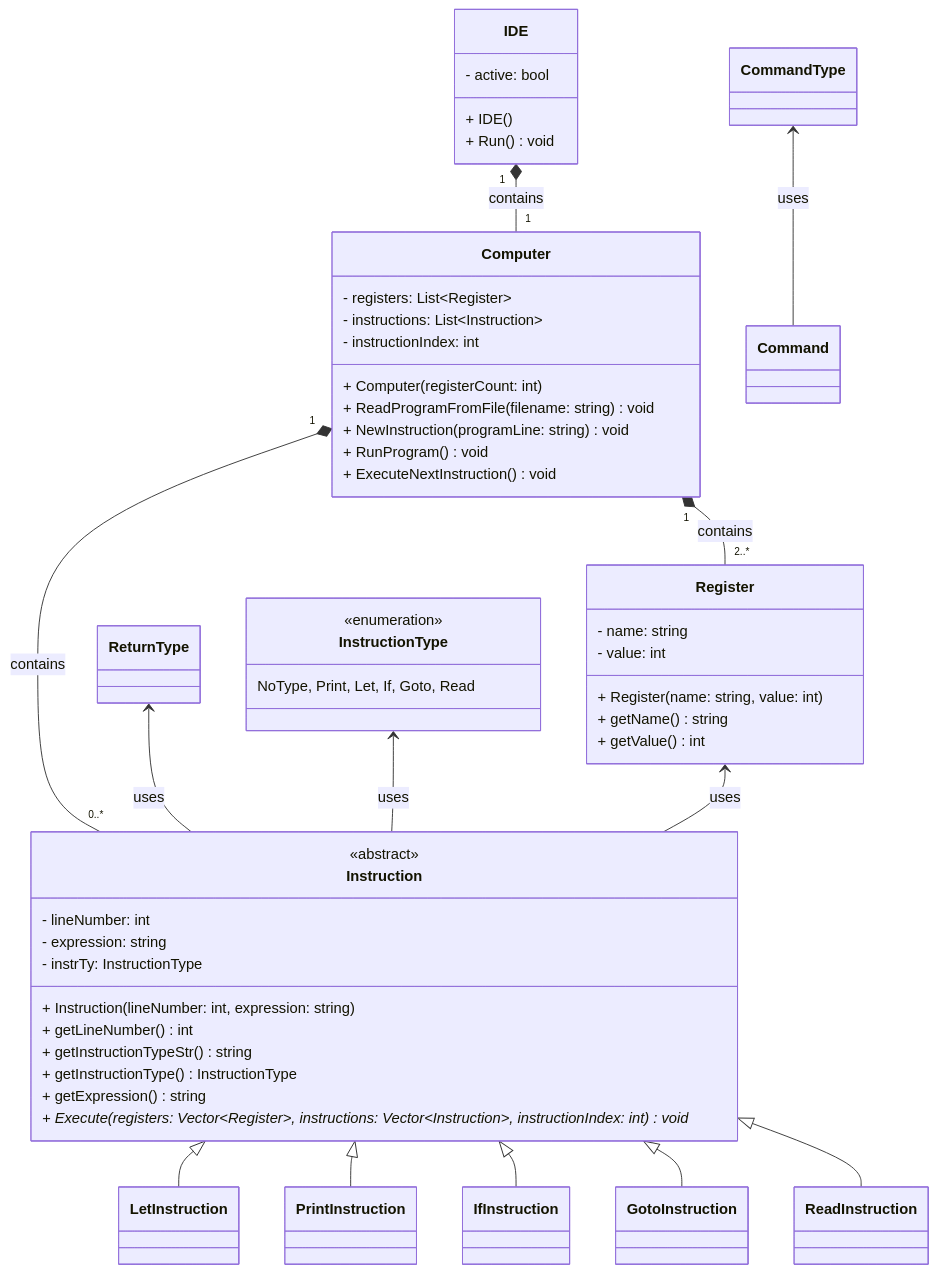
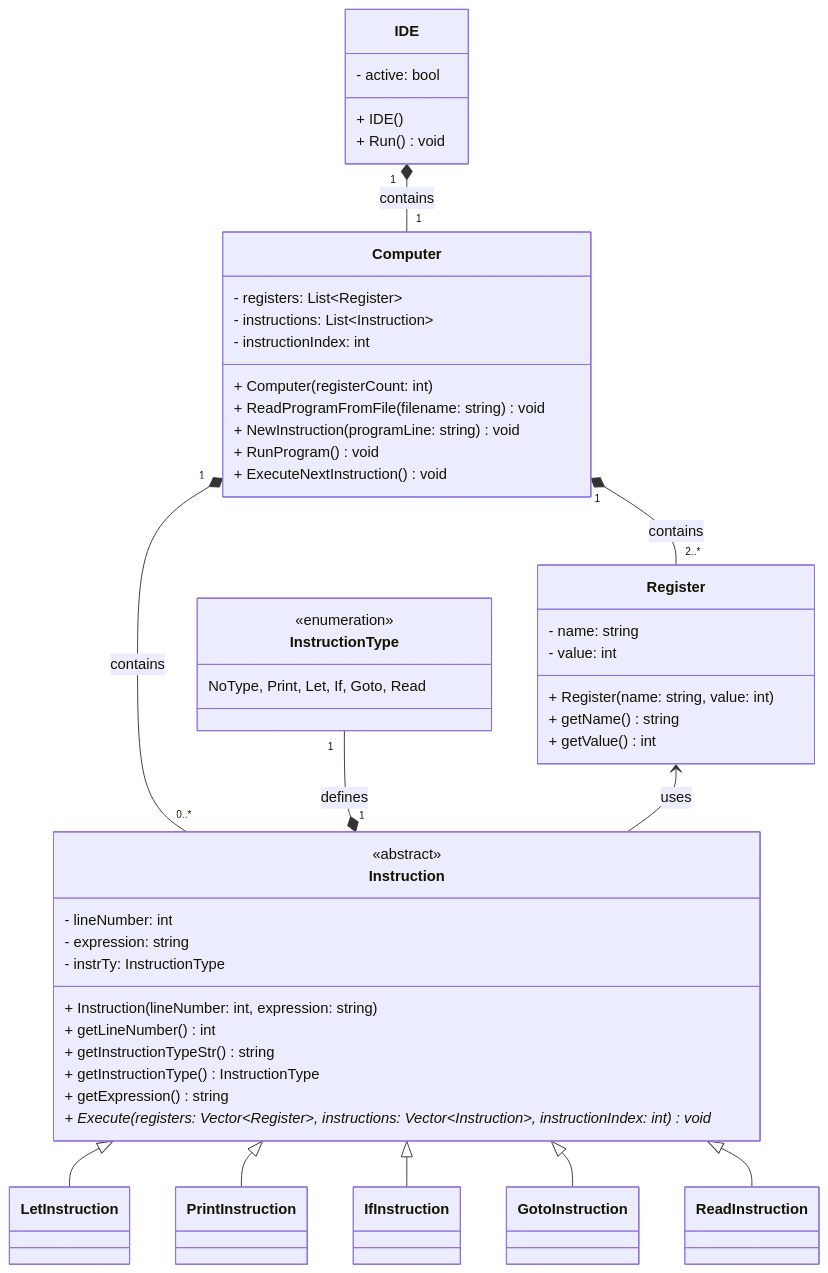
Before and after one commit to Spyro1/Basic-Lite-Interpreter: the diagram in Documentation/BASIC.md, drawn with Mermaid. The commit also changed other lines of this file and 3 other files, not shown here.

````diff
--- a/Documentation/BASIC.md
+++ b/Documentation/BASIC.md
@@ -28,71 +28,59 @@
 ```mermaid
 classDiagram
     direction TB
+    class IDE{
+      - active: bool
+      + IDE()
+      + Run() void
+    }
     class Computer {
         - registers: List~Register~
         - instructions: List~Instruction~
         - instructionIndex: int
         + Computer(registerCount: int)
         + ReadProgramFromFile(filename: string) void
         + NewInstruction(programLine: string) void
         + RunProgram() void
         + ExecuteNextInstruction() void        
     }    
     class Register{
         - name: string
         - value: int
         + Register(name: string, value: int)
         + getName() string
         + getValue() int
     }
     class InstructionType { 
         <<enumeration>>
         NoType, Print, Let, If, Goto, Read 
     }
     class Instruction {
         <<abstract>>
         - lineNumber: int
         - expression: string
         - instrTy: InstructionType
         + Instruction(lineNumber: int, expression: string)
         + getLineNumber() int
         + getInstructionTypeStr() string
         + getInstructionType() InstructionType
         + getExpression() string
         + Execute(registers: Vector~Register~, instructions: Vector~Instruction~, instructionIndex: int) void*
     }
     class LetInstruction
     class PrintInstruction
     class GotoInstruction
     class IfInstruction
     class ReadInstruction
     
-    class IDE{
-      - active: bool
-      + IDE()
-      + Run() void
-    }
-    
-%%    Computer --> List : uses   
-%%    List "1" *-- "0..*" Node : contains
-    IDE "1" *-- "1" Computer : contains
-    CommandType <-- Command : uses
-%%    Computer "1" --* "1" IDE
-    
+    IDE "1" *-- "1" Computer : contains    
     Computer "1" *-- "0..*" Instruction : contains
     Computer "1" *-- "2..*" Register : contains
-    
-    ReturnType <-- Instruction : uses
-    InstructionType <-- Instruction : uses
+    InstructionType "1" --* "1" Instruction : defines
     Register <-- Instruction : uses
-    
-%%    List <-- Instruction : uses
-%%    Instruction --> InstructionType : uses
-%%    Instruction --> ReturnType : uses
-    
+
     Instruction <|-- LetInstruction
     Instruction <|-- PrintInstruction
     Instruction <|-- IfInstruction
     Instruction <|-- GotoInstruction
     Instruction <|-- ReadInstruction
 ```
````
